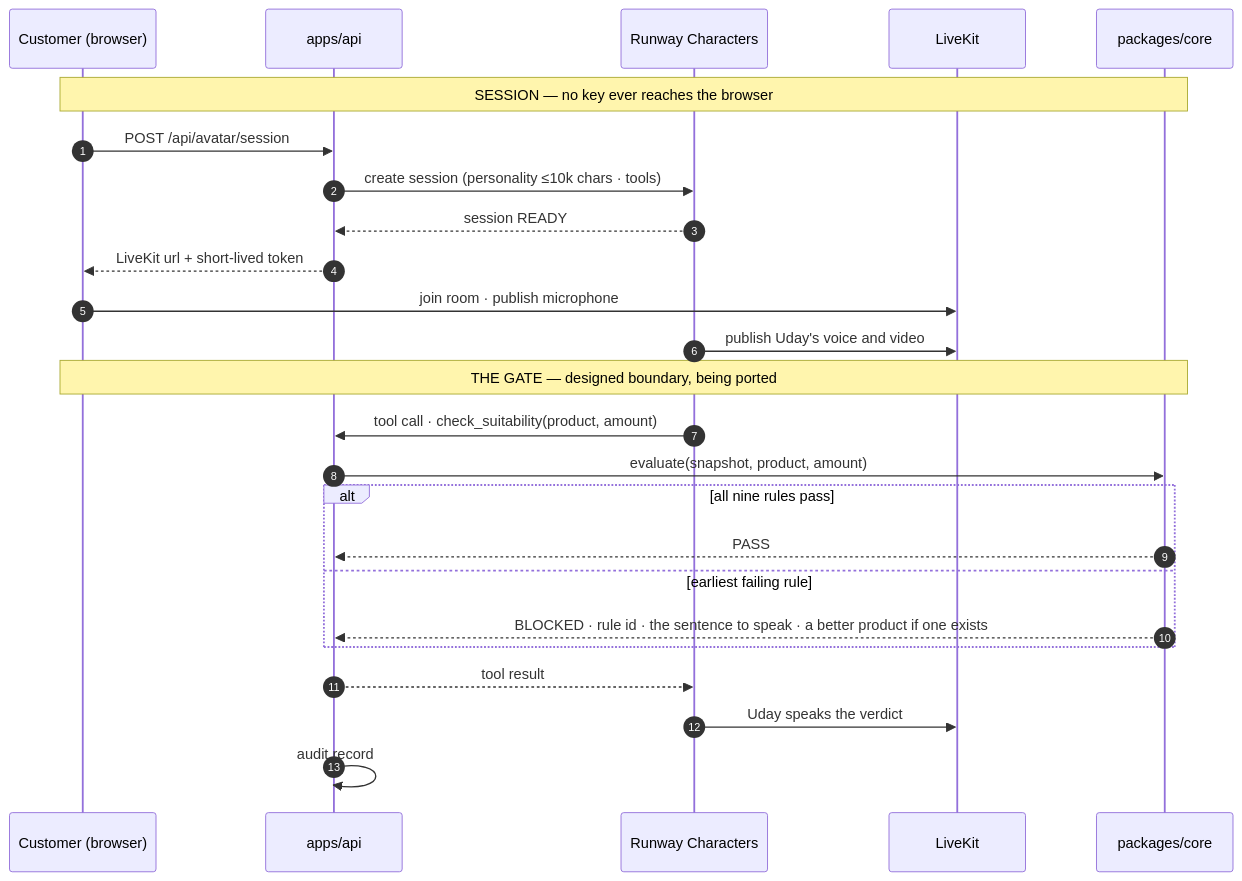
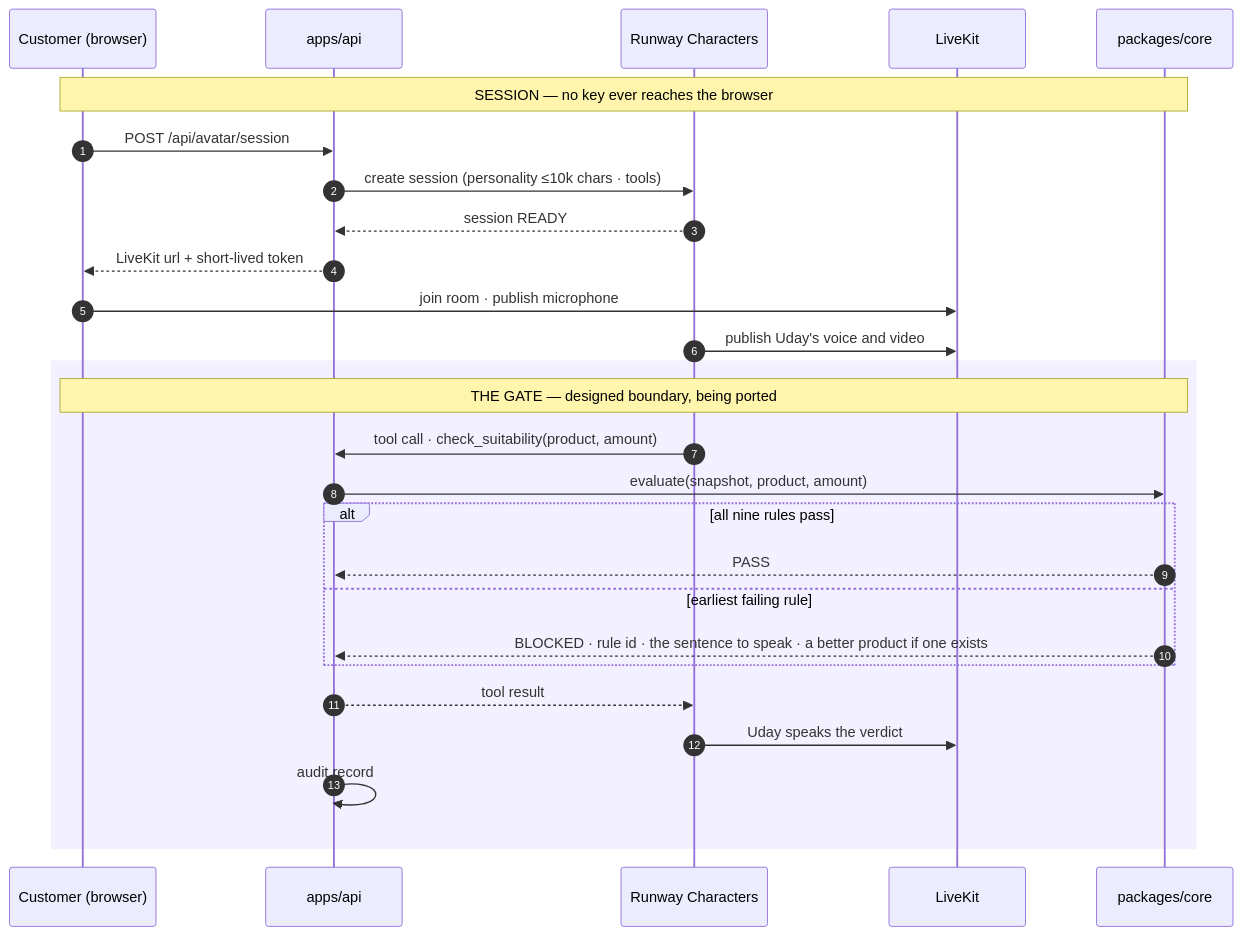
One commit to dhan-sarthi/dhan-sarthi changed the second of 4 diagrams in README.md. Above: the diagram before and after it, drawn with Mermaid. The commit also changed other lines of this file, not shown here.

````diff
--- a/README.md
+++ b/README.md
@@ -75,29 +86,31 @@
 ```mermaid
 sequenceDiagram
     autonumber
     participant C as Customer (browser)
     participant A as apps/api
     participant R as Runway Characters
     participant L as LiveKit
     participant K as packages/core
 
     Note over C,K: SESSION — no key ever reaches the browser
     C->>A: POST /api/avatar/session
     A->>R: create session (personality ≤10k chars · tools)
     R-->>A: session READY
     A-->>C: LiveKit url + short-lived token
     C->>L: join room · publish microphone
     R->>L: publish Uday's voice and video
 
+    rect rgb(243, 240, 255)
     Note over C,K: THE GATE — designed boundary, being ported
     R->>A: tool call · check_suitability(product, amount)
     A->>K: evaluate(snapshot, product, amount)
     alt all nine rules pass
         K-->>A: PASS
     else earliest failing rule
         K-->>A: BLOCKED · rule id · the sentence to speak · a better product if one exists
     end
     A-->>R: tool result
     R->>L: Uday speaks the verdict
     A->>A: audit record
+    end
 ```
````
